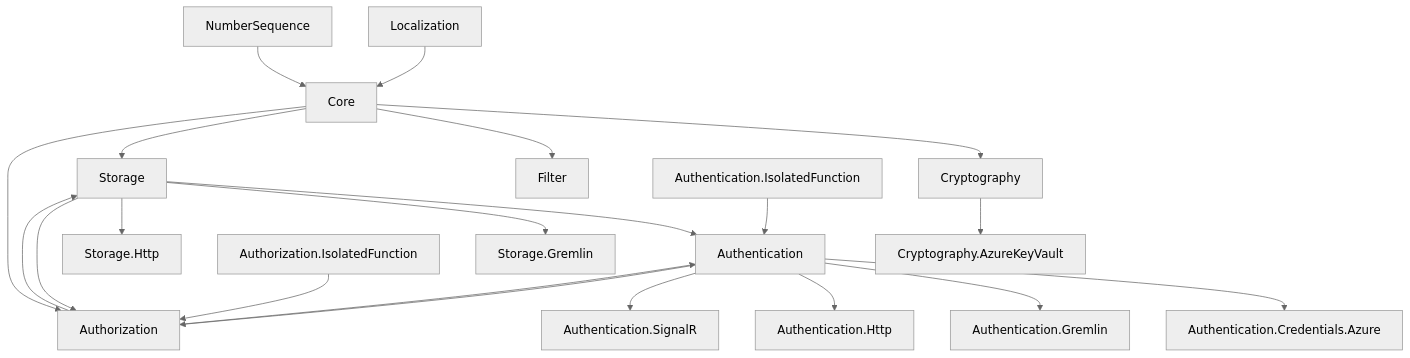
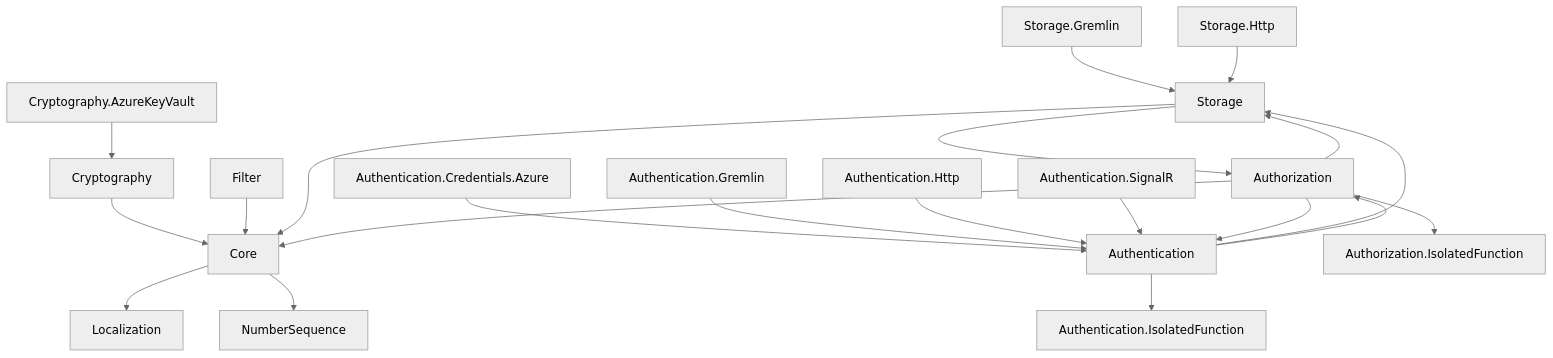
Before and after one commit to sidubsolutions/Sidub.Platform: the diagram in README.md, drawn with Mermaid (neutral theme).

````diff
--- a/README.md
+++ b/README.md
@@ -130,27 +130,27 @@
 ```mermaid
 graph TD;
-    Localization --> Core
-    NumberSequence --> Core
-    Core --> Cryptography
-    Cryptography --> Cryptography.AzureKeyVault
-    Core --> Filter
-    Core --> Storage
-    Core --> Authorization
+    Core --> Localization
+    Core --> NumberSequence
+    Cryptography --> Core
+    Cryptography.AzureKeyVault --> Cryptography
+    Filter --> Core
+    Storage --> Core
+    Authorization --> Core
     
-    Storage --> Authentication
-    Authentication --> Authentication.Credentials.Azure
-    Authentication --> Authentication.Gremlin
-    Authentication --> Authentication.Http
-    Authentication --> Authentication.SignalR
+    Authentication --> Storage
+    Authentication.Credentials.Azure --> Authentication
+    Authentication.Gremlin --> Authentication
+    Authentication.Http --> Authentication
+    Authentication.SignalR --> Authentication
     
-    Storage --> Storage.Gremlin
-    Storage --> Storage.Http
+    Storage.Gremlin --> Storage
+    Storage.Http --> Storage
     
-    Authentication.IsolatedFunction --> Authentication
-    Authorization.IsolatedFunction --> Authorization
+    Authentication --> Authentication.IsolatedFunction
+    Authorization --> Authorization.IsolatedFunction
     
+    Storage --> Authorization
     Authorization --> Storage
-    Storage --> Authorization
+    Authentication --> Authorization
     Authorization --> Authentication
-    Authentication --> Authorization
 ```
````
